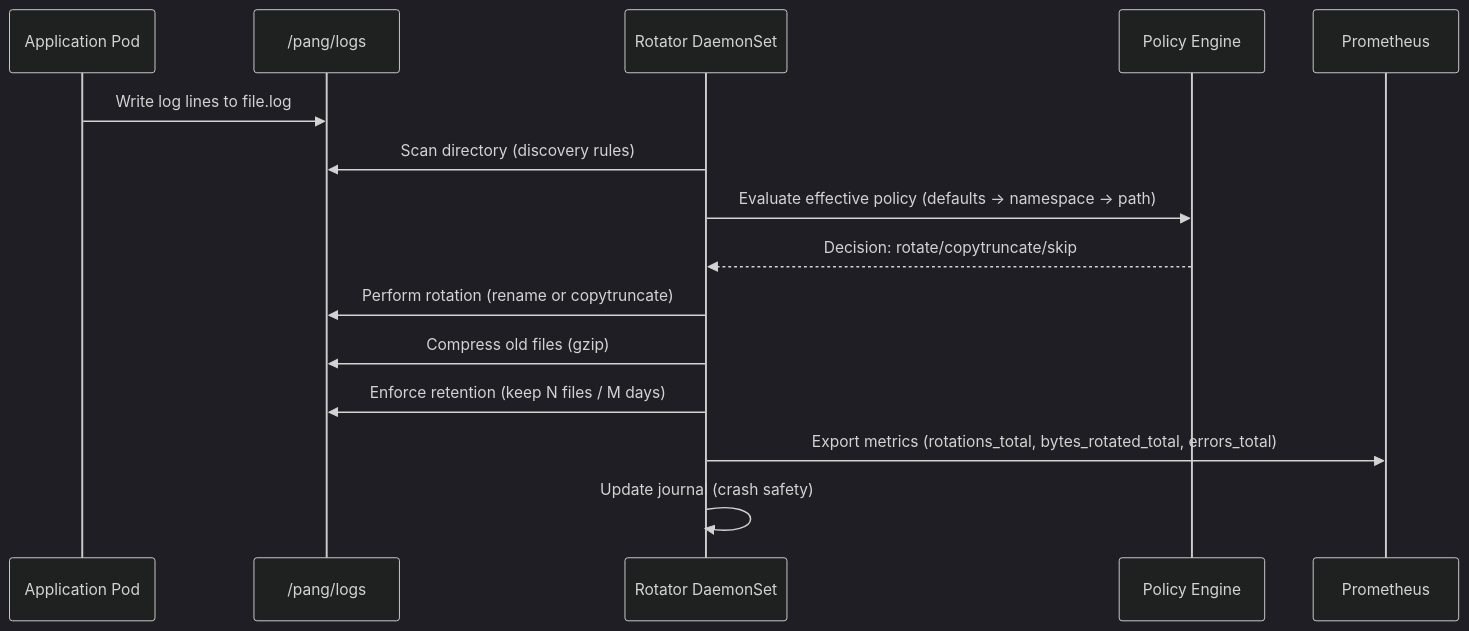
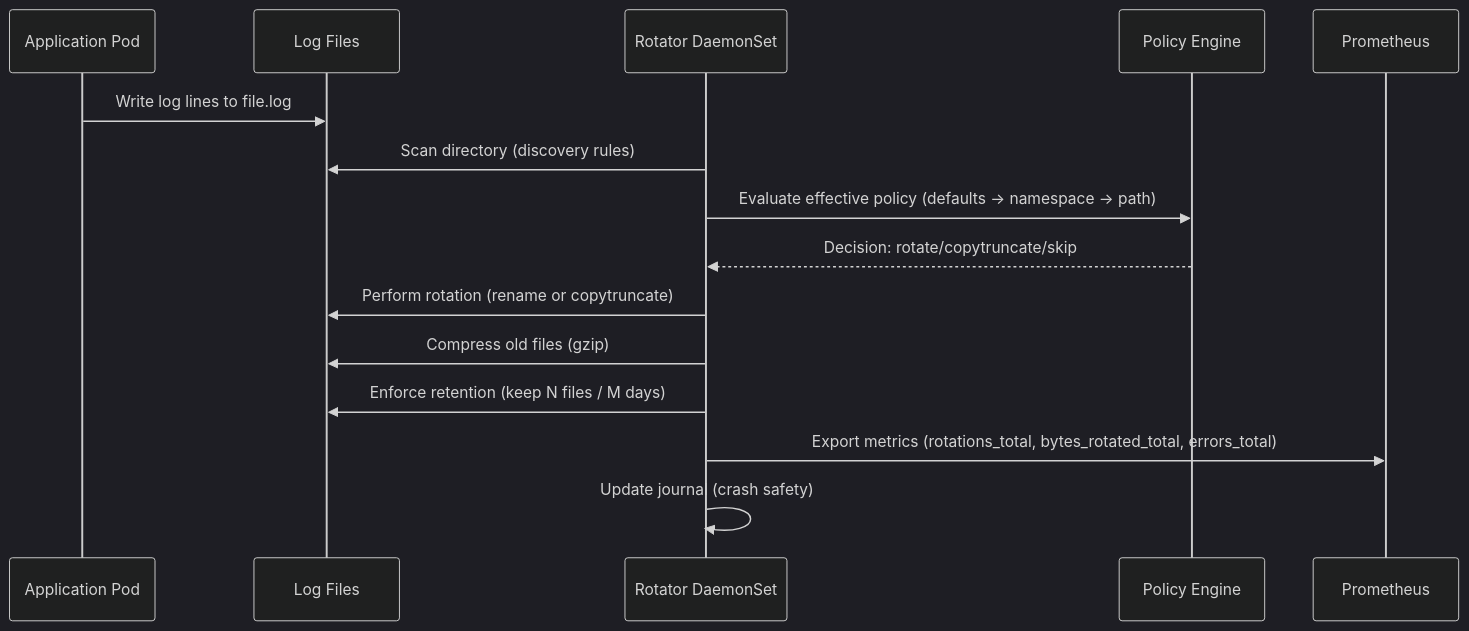
The second of 2 diagrams in README.md (AkshayDubey29/rotator), drawn with Mermaid (dark theme) before and after one commit. The commit also changed other lines of this file, not shown here.

First line of the commit message:
Fix Mermaid diagram syntax errors

````diff
--- a/README.md
+++ b/README.md
@@ -316,18 +316,18 @@
 ```mermaid
 sequenceDiagram
     participant App as Application Pod
-    participant FS as /pang/logs
+    participant FS as Log Files
     participant Rot as Rotator DaemonSet
     participant Pol as Policy Engine
     participant Met as Prometheus
 
     App->>FS: Write log lines to file.log
     Rot->>FS: Scan directory (discovery rules)
     Rot->>Pol: Evaluate effective policy (defaults → namespace → path)
     Pol-->>Rot: Decision: rotate/copytruncate/skip
     Rot->>FS: Perform rotation (rename or copytruncate)
     Rot->>FS: Compress old files (gzip)
     Rot->>FS: Enforce retention (keep N files / M days)
     Rot->>Met: Export metrics (rotations_total, bytes_rotated_total, errors_total)
     Rot->>Rot: Update journal (crash safety)
 ```
````
